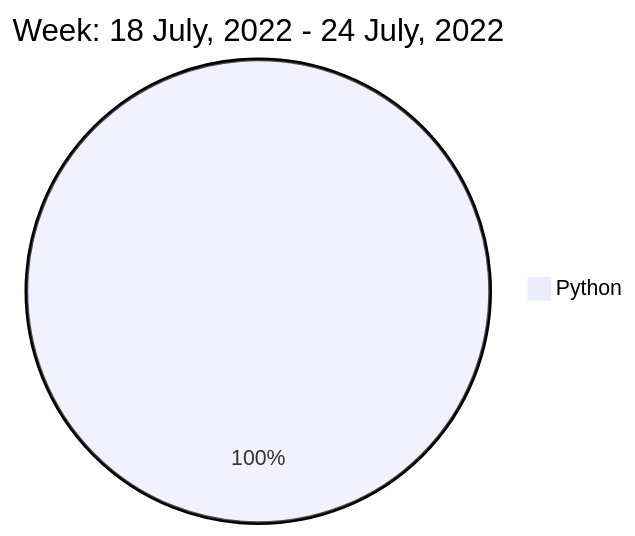
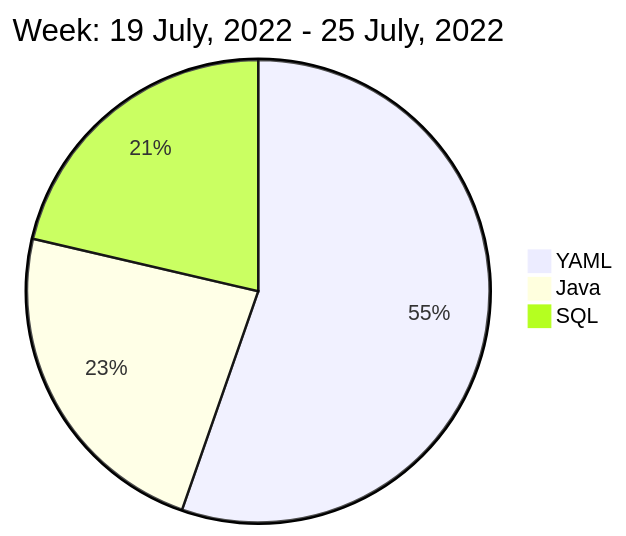
One commit to liubin95/liubin95 changed the diagram in README.md. Above: the diagram before and after it, drawn with Mermaid.

Commit message:
Updated the Graph with new Metrics

````diff
--- a/README.md
+++ b/README.md
@@ -40,5 +40,7 @@
 ```mermaid
  pie
-title Week: 18 July, 2022 - 24 July, 2022
- "Python" : 2.57
+title Week: 19 July, 2022 - 25 July, 2022
+ "YAML" : 2.85
+ "Java" : 1.2
+ "SQL" : 1.1
 ```
````
